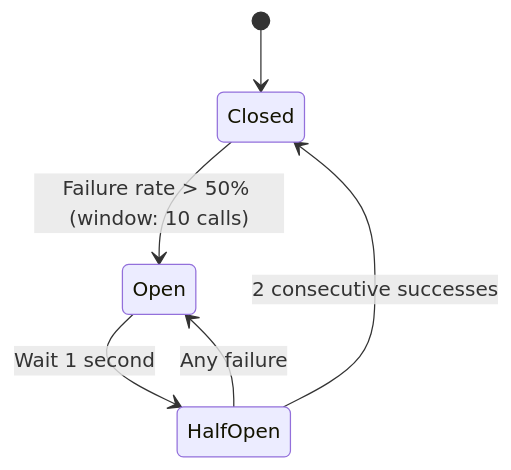
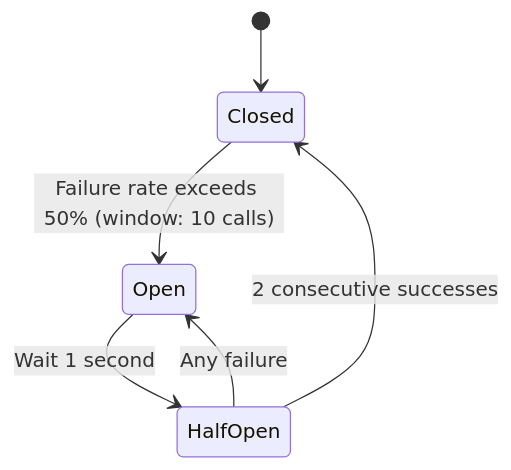
One commit to Trevor-akshay/Distributed-Cache-System changed the fifth of 6 diagrams in README.md. Above: the diagram before and after it, drawn with Mermaid.

Commit message:
fix: replace > with 'exceeds' in Mermaid state diagram label

````diff
--- a/README.md
+++ b/README.md
@@ -189,9 +189,9 @@
 ```mermaid
 stateDiagram-v2
     [*] --> Closed
 
-    Closed --> Open : Failure rate > 50% (window: 10 calls)
+    Closed --> Open : Failure rate exceeds 50% (window: 10 calls)
     Open --> HalfOpen : Wait 1 second
     HalfOpen --> Closed : 2 consecutive successes
     HalfOpen --> Open : Any failure
 ```
````
